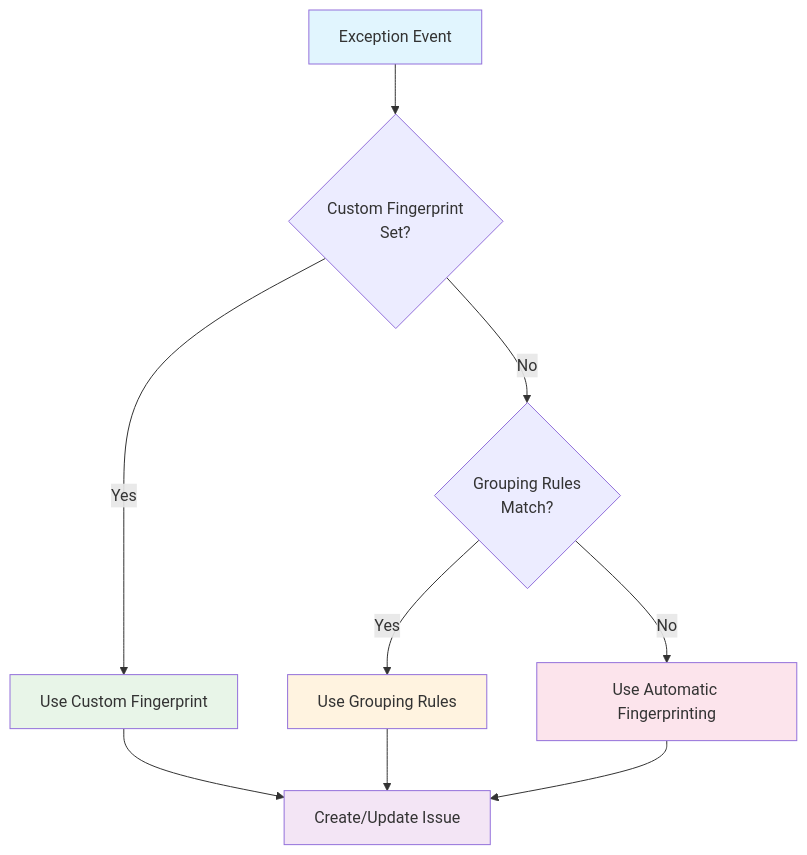
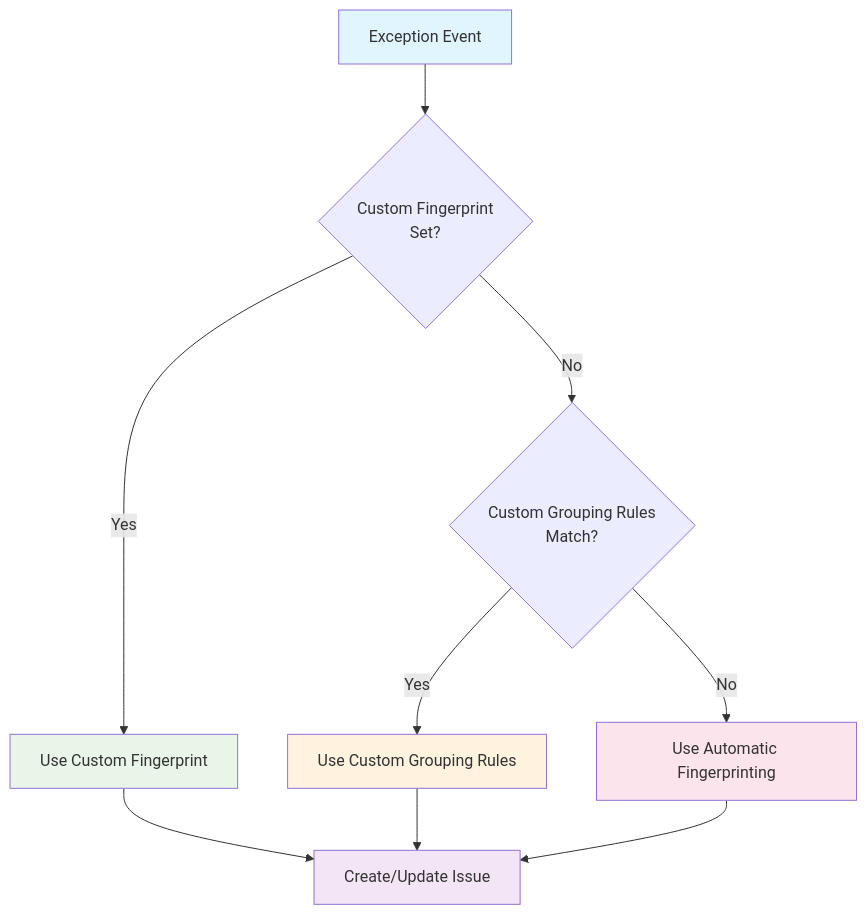
The diagram in contents/docs/error-tracking/issues-and-exceptions.mdx (PostHog/posthog.com), drawn with Mermaid before and after one commit. The commit also changed other lines of this file and 8 other files, not shown here.

````diff
--- a/contents/docs/error-tracking/issues-and-exceptions.mdx
+++ b/contents/docs/error-tracking/issues-and-exceptions.mdx
@@ -45,18 +52,18 @@
 ```mermaid
 flowchart TD
     A[Exception Event] --> B{Custom Fingerprint<br/>Set?}
     B -->|Yes| C[Use Custom Fingerprint]
-    B -->|No| D{Grouping Rules<br/>Match?}
-    D -->|Yes| E[Use Grouping Rules]
+    B -->|No| D{Custom Grouping Rules<br/>Match?}
+    D -->|Yes| E[Use Custom Grouping Rules]
     D -->|No| F[Use Automatic Fingerprinting]
     
     C --> G[Create/Update Issue]
     E --> G
     F --> G
     
     style A fill:#e1f5fe
     style C fill:#e8f5e8
     style E fill:#fff3e0
     style F fill:#fce4ec
     style G fill:#f3e5f5
 ```
````
